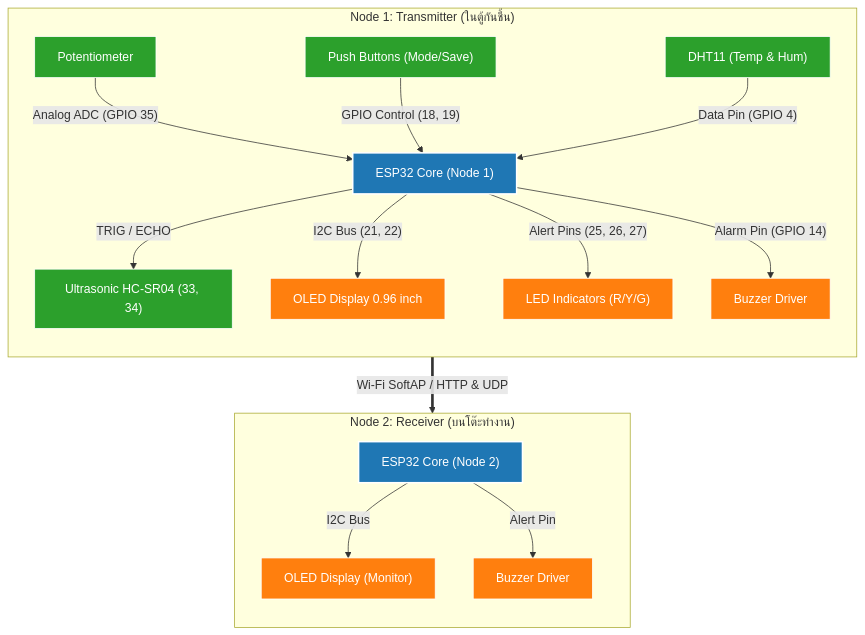
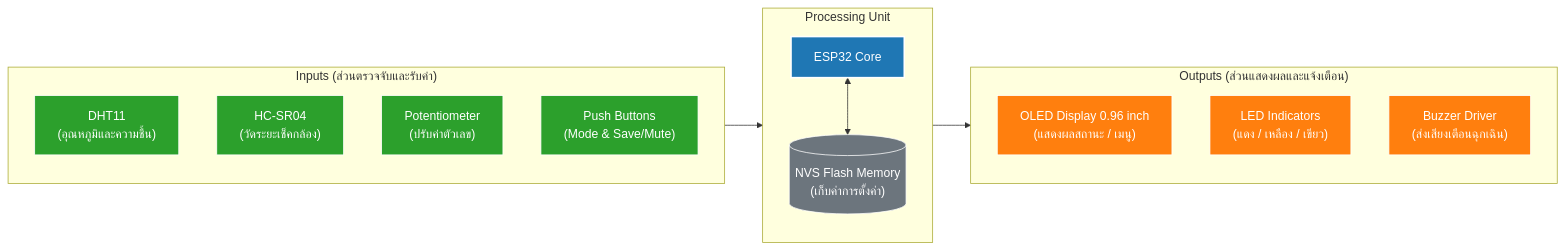
One commit to Thanapoom2548/Save-My-Camera changed the diagram in README.md. Above: the diagram before and after it, drawn with Mermaid.

Commit message:
Fix_2 Block Diagram On README
Updated block diagram with additional details and translations.

````diff
--- a/README.md
+++ b/README.md
@@ -18,30 +18,36 @@
 ```mermaid
-flowchart TB
-    subgraph Node1 ["Node 1: Transmitter (ในตู้กันชื้น)"]
+flowchart LR
+    subgraph Inputs ["Inputs (ส่วนตรวจจับและรับค่า)"]
         direction TB
-        POT["Potentiometer"] -->|"Analog ADC (GPIO 35)"| ESP1["ESP32 Core (Node 1)"]
-        BTN["Push Buttons (Mode/Save)"] -->|"GPIO Control (18, 19)"| ESP1
-        DHT["DHT11 (Temp & Hum)"] -->|"Data Pin (GPIO 4)"| ESP1
-        
-        ESP1 -->|"TRIG / ECHO"| US["Ultrasonic HC-SR04 (33, 34)"]
-        ESP1 -->|"I2C Bus (21, 22)"| OLED1["OLED Display 0.96 inch"]
-        ESP1 -->|"Alert Pins (25, 26, 27)"| LED["LED Indicators (R/Y/G)"]
-        ESP1 -->|"Alarm Pin (GPIO 14)"| BUZZ1["Buzzer Driver"]
+        DHT["DHT11<br>(อุณหภูมิและความชื้น)"]
+        US["HC-SR04<br>(วัดระยะเช็คกล้อง)"]
+        POT["Potentiometer<br>(ปรับค่าตัวเลข)"]
+        BTN["Push Buttons<br>(Mode & Save/Mute)"]
     end
 
-    subgraph Node2 ["Node 2: Receiver (บนโต๊ะทำงาน)"]
-        direction TB
-        ESP2["ESP32 Core (Node 2)"] -->|"I2C Bus"| OLED2["OLED Display (Monitor)"]
-        ESP2 -->|"Alert Pin"| BUZZ2["Buzzer Driver"]
+    subgraph Controller ["Processing Unit"]
+        ESP["ESP32 Core"]
+        NVS[("NVS Flash Memory<br>(เก็บค่าการตั้งค่า)")]
+        ESP <--> NVS
     end
 
-    ESP1 ==>|"Wi-Fi SoftAP / HTTP & UDP"| ESP2
+    subgraph Outputs ["Outputs (ส่วนแสดงผลและแจ้งเตือน)"]
+        direction TB
+        OLED["OLED Display 0.96 inch<br>(แสดงผลสถานะ / เมนู)"]
+        LED["LED Indicators<br>(แดง / เหลือง / เขียว)"]
+        BUZZ["Buzzer Driver<br>(ส่งเสียงเตือนฉุกเฉิน)"]
+    end
+
+    Inputs --> Controller
+    Controller --> Outputs
 
     classDef mcu fill:#1f77b4,stroke:#fff,stroke-width:2px,color:#fff;
     classDef sensor fill:#2ca02c,stroke:#fff,stroke-width:1px,color:#fff;
-    classDef display fill:#ff7f0e,stroke:#fff,stroke-width:1px,color:#fff;
+    classDef output fill:#ff7f0e,stroke:#fff,stroke-width:1px,color:#fff;
+    classDef storage fill:#6c757d,stroke:#fff,stroke-width:1px,color:#fff;
 
-    class ESP1,ESP2 mcu;
-    class POT,BTN,DHT,US sensor;
-    class OLED1,OLED2,LED,BUZZ1,BUZZ2 display;
+    class ESP mcu;
+    class DHT,US,POT,BTN sensor;
+    class OLED,LED,BUZZ output;
+    class NVS storage;
 ```
````
